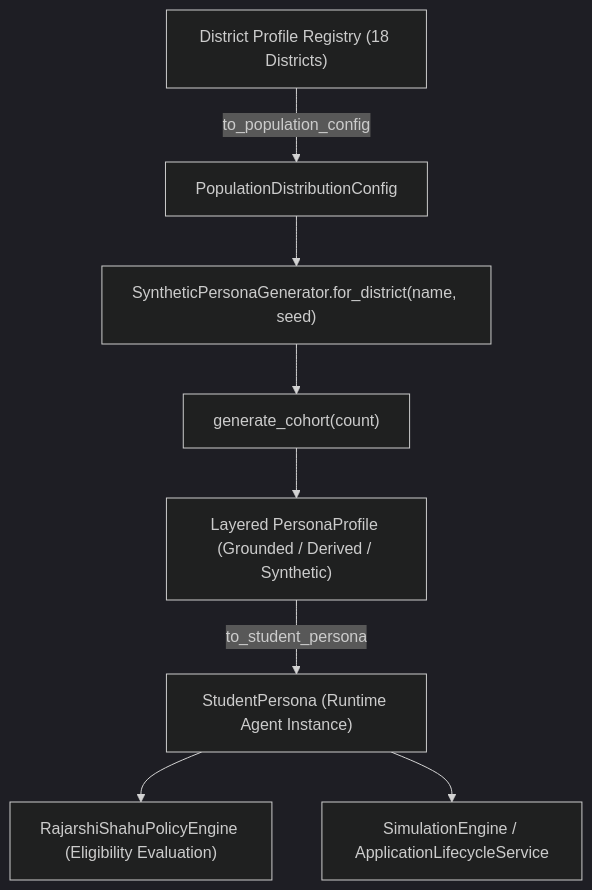
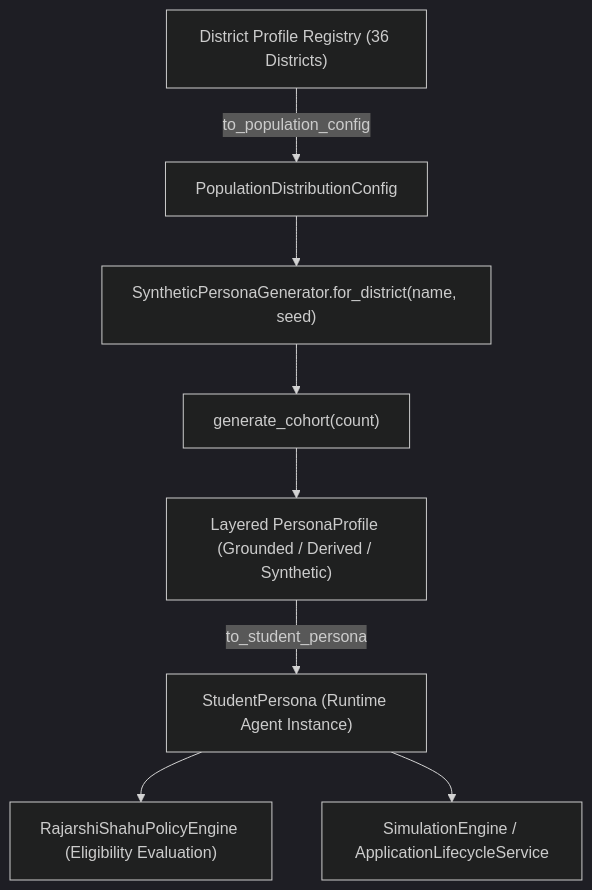
Before and after one commit to shravanip771/maharashtra-policy-simulator: the diagram in docs/district_data_inventory.md, drawn with Mermaid (dark theme). The commit also changed other lines of this file and 8 other files, not shown here.

````diff
--- a/docs/district_data_inventory.md
+++ b/docs/district_data_inventory.md
@@ -236,10 +854,10 @@
 ```mermaid
 flowchart TD
-    A["District Profile Registry (18 Districts)"] -->|to_population_config| B["PopulationDistributionConfig"]
+    A["District Profile Registry (36 Districts)"] -->|to_population_config| B["PopulationDistributionConfig"]
     B --> C["SyntheticPersonaGenerator.for_district(name, seed)"]
     C --> D["generate_cohort(count)"]
     D --> E["Layered PersonaProfile (Grounded / Derived / Synthetic)"]
     E -->|to_student_persona| F["StudentPersona (Runtime Agent Instance)"]
     F --> G["RajarshiShahuPolicyEngine (Eligibility Evaluation)"]
     F --> H["SimulationEngine / ApplicationLifecycleService"]
 ```
````
